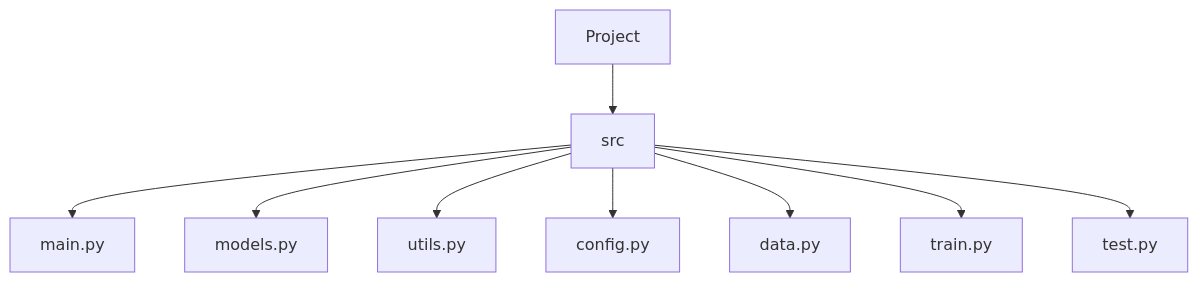
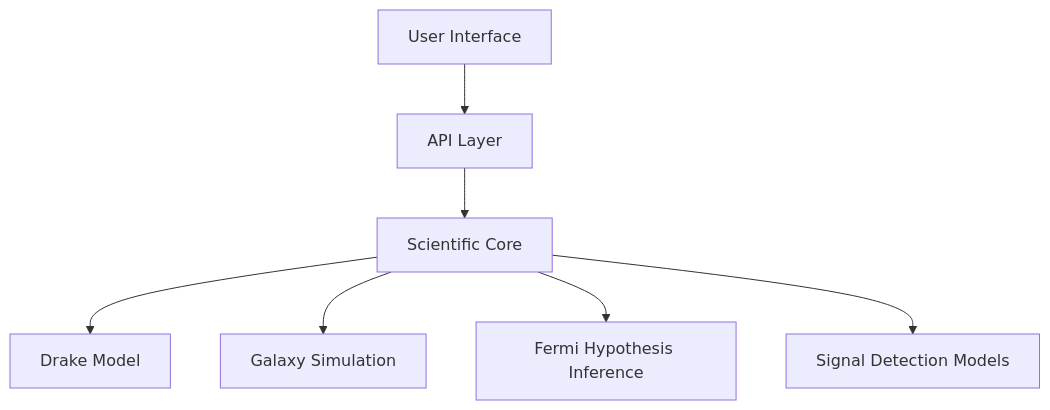
Before and after one commit to Brice-Physics-Projects/Fermi-Paradox: the diagram in docs/01_architecture/01_project_architecture.md, drawn with Mermaid. The commit also changed other lines of this file, not shown here.

First line of the commit message:
gc: refine project architecture documentation with pipeline explanation

````diff
--- a/docs/01_architecture/01_project_architecture.md
+++ b/docs/01_architecture/01_project_architecture.md
@@ -5,11 +14,9 @@
 ```mermaid
 graph TD;
-    A[Project] --> B[src]
-    B --> C[main.py]
-    B --> D[models.py]
-    B --> E[utils.py]
-    B --> F[config.py]
-    B --> G[data.py]
-    B --> H[train.py]
-    B --> I[test.py]
+    A[User Interface] --> B[API Layer]
+    B --> C[Scientific Core]
+    C --> D[Drake Model]
+    C --> E[Galaxy Simulation]
+    C --> F[Fermi Hypothesis Inference]
+    C --> G[Signal Detection Models]
 ```
````
